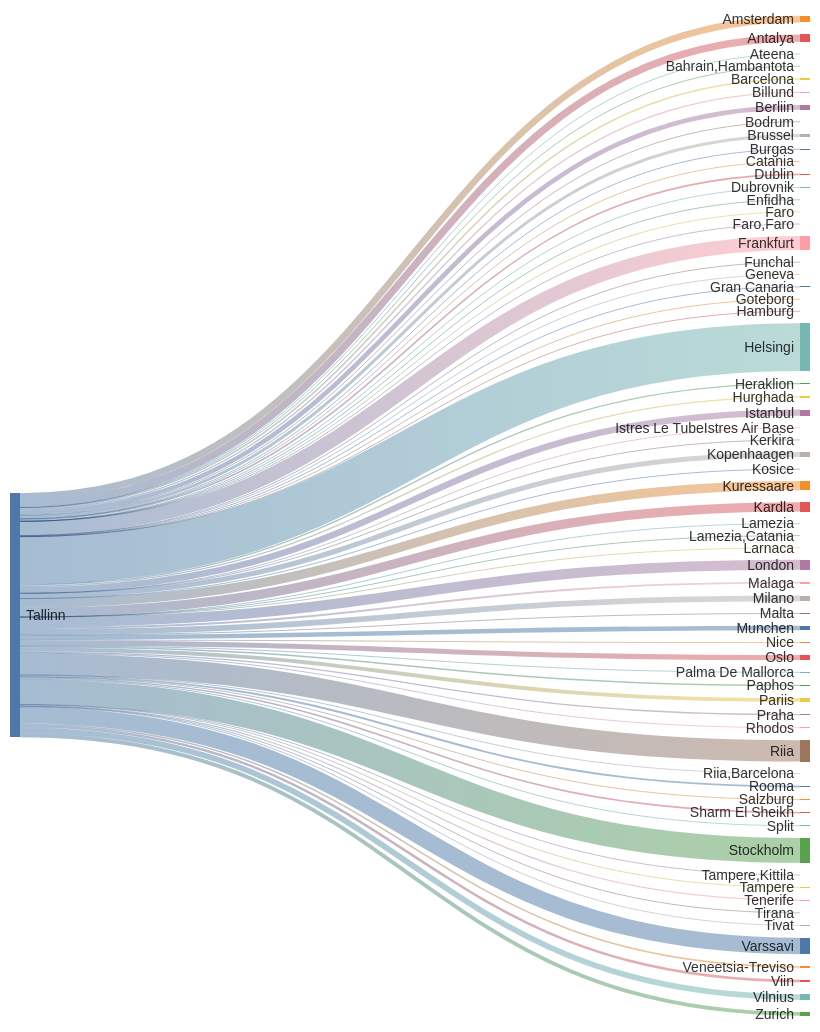
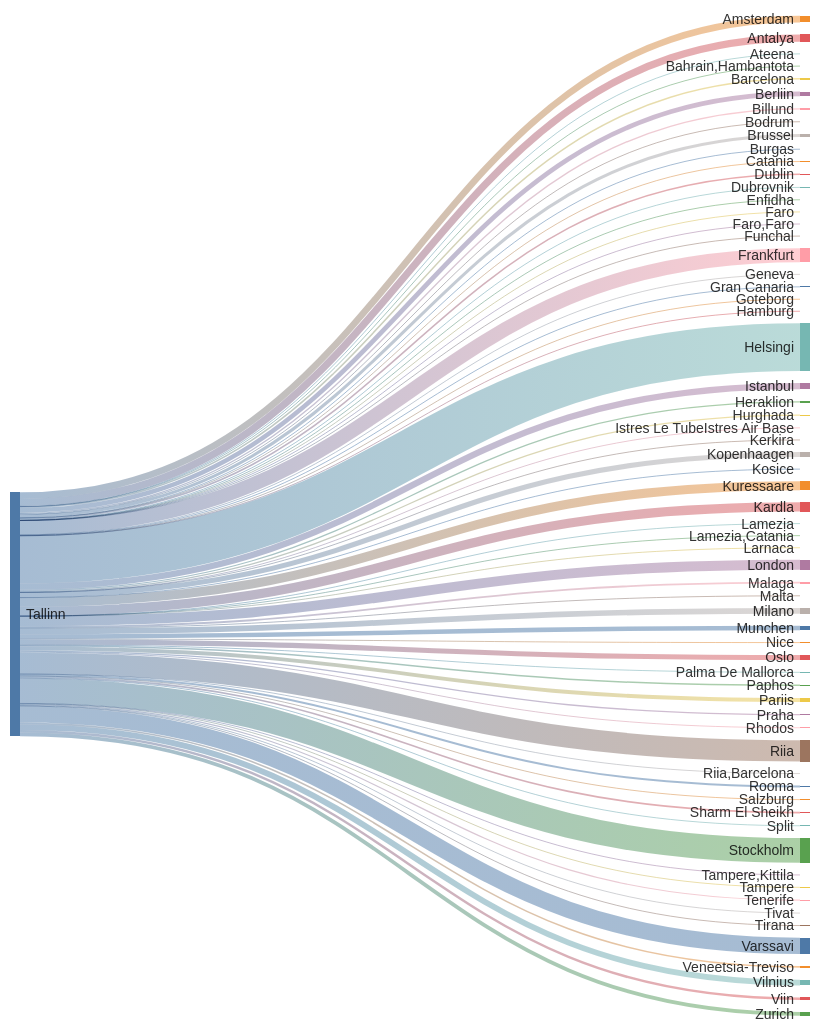
The second of 2 diagrams in README.md (rainermesi/tll-airport-departures), drawn with Mermaid before and after one commit. The commit also changed other lines of this file, not shown here.

````diff
--- a/README.md
+++ b/README.md
@@ -34,77 +34,77 @@
 ```mermaid
 ---
 config:
   sankey:
     showValues: false
     width: 800
     height: 1000
 ---
 sankey-beta
 %% source,target,value
-Tallinn,Amsterdam,243
+Tallinn,Amsterdam,245
 Tallinn,Antalya,267
 Tallinn,Ateena,16
 Tallinn,"Bahrain,Hambantota",1
 Tallinn,Barcelona,56
-Tallinn,Berliin,171
+Tallinn,Berliin,172
 Tallinn,Billund,49
 Tallinn,Bodrum,11
-Tallinn,Brussel,111
+Tallinn,Brussel,112
 Tallinn,Burgas,21
 Tallinn,Catania,2
-Tallinn,Dublin,57
+Tallinn,Dublin,58
 Tallinn,Dubrovnik,21
 Tallinn,Enfidha,7
 Tallinn,Faro,4
 Tallinn,"Faro,Faro",1
-Tallinn,Frankfurt,518
+Tallinn,Frankfurt,521
 Tallinn,Funchal,5
 Tallinn,Geneva,8
 Tallinn,Gran Canaria,28
 Tallinn,Goteborg,1
 Tallinn,Hamburg,1
-Tallinn,Helsingi,1755
+Tallinn,Helsingi,1764
 Tallinn,Heraklion,46
 Tallinn,Hurghada,46
-Tallinn,Istanbul,232
+Tallinn,Istanbul,234
 Tallinn,Istres Le TubeIstres Air Base,2
 Tallinn,Kerkira,4
-Tallinn,Kopenhaagen,188
+Tallinn,Kopenhaagen,189
 Tallinn,Kosice,1
-Tallinn,Kuressaare,339
-Tallinn,Kardla,339
+Tallinn,Kuressaare,341
+Tallinn,Kardla,341
 Tallinn,Lamezia,1
 Tallinn,"Lamezia,Catania",3
 Tallinn,Larnaca,4
-Tallinn,London,366
+Tallinn,London,367
 Tallinn,Malaga,69
 Tallinn,Malta,15
-Tallinn,Milano,209
+Tallinn,Milano,210
 Tallinn,Munchen,168
 Tallinn,Nice,25
-Tallinn,Oslo,190
+Tallinn,Oslo,191
 Tallinn,Palma De Mallorca,19
-Tallinn,Paphos,55
-Tallinn,Pariis,142
+Tallinn,Paphos,56
+Tallinn,Pariis,143
 Tallinn,Praha,49
 Tallinn,Rhodos,32
-Tallinn,Riia,786
+Tallinn,Riia,790
 Tallinn,"Riia,Barcelona",1
 Tallinn,Rooma,70
 Tallinn,Salzburg,9
-Tallinn,Sharm El Sheikh,62
+Tallinn,Sharm El Sheikh,63
 Tallinn,Split,25
-Tallinn,Stockholm,910
+Tallinn,Stockholm,913
 Tallinn,Tampere,17
 Tallinn,"Tampere,Kittila",11
-Tallinn,Tenerife,42
+Tallinn,Tenerife,43
 Tallinn,Tirana,8
 Tallinn,Tivat,26
-Tallinn,Varssavi,605
+Tallinn,Varssavi,608
 Tallinn,Veneetsia-Treviso,57
-Tallinn,Viin,90
-Tallinn,Vilnius,213
-Tallinn,Zurich,142
+Tallinn,Viin,91
+Tallinn,Vilnius,214
+Tallinn,Zurich,143
 
 
 ```
````
